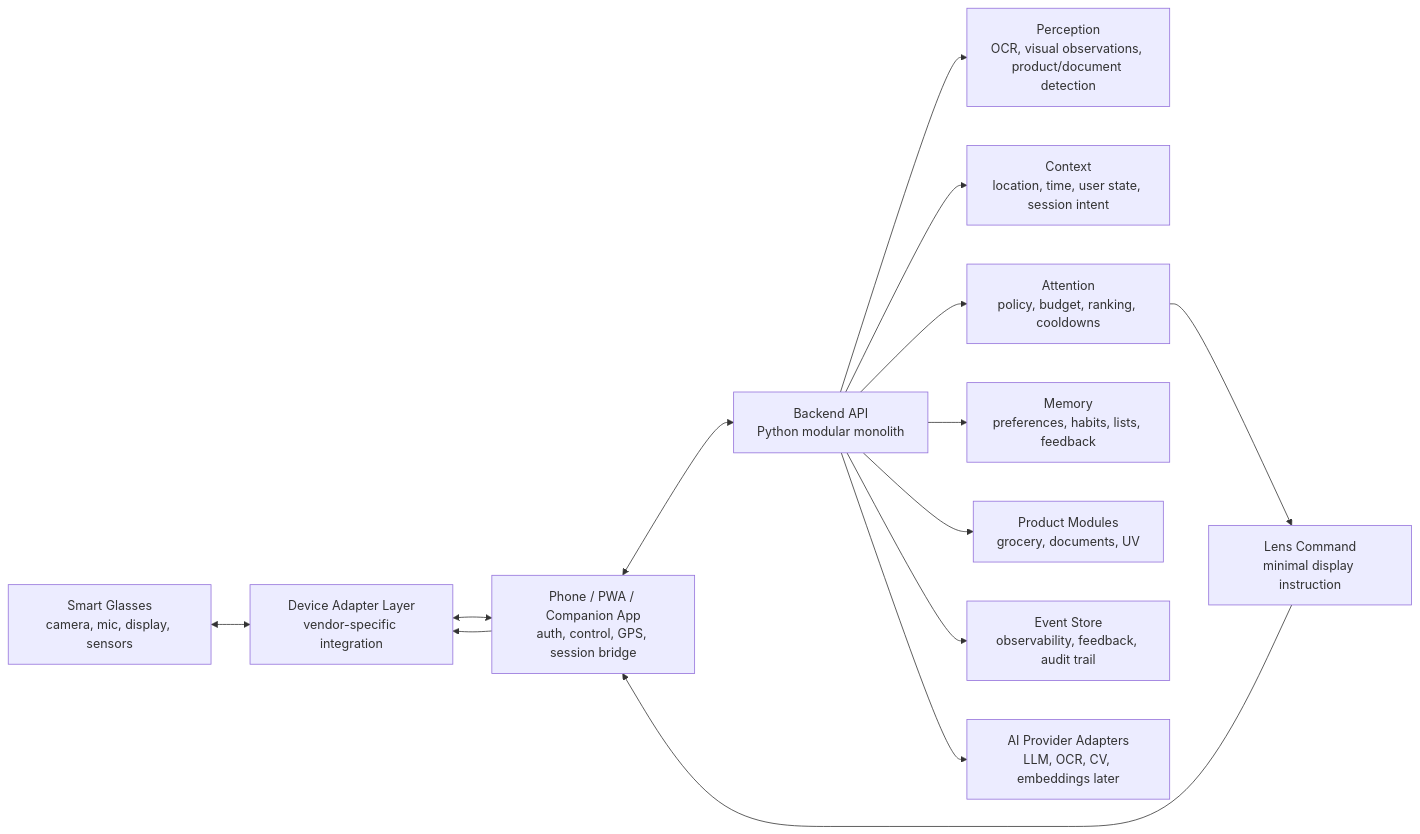
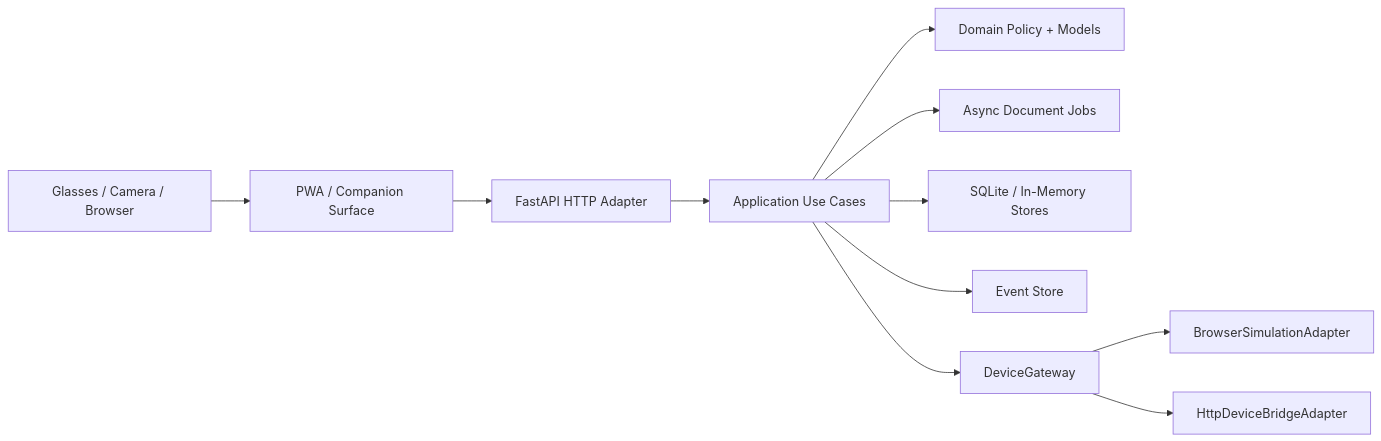
One commit to renanfulas/neweraglasses changed the diagram in docs/architecture/overview.md. Above: the diagram before and after it, drawn with Mermaid. The commit also changed other lines of this file and 13 other files, not shown here.

````diff
--- a/docs/architecture/overview.md
+++ b/docs/architecture/overview.md
@@ -62,18 +36,15 @@
 ```mermaid
 flowchart LR
-    Glasses["Smart Glasses<br/>camera, mic, display, sensors"] <--> DeviceAdapter["Device Adapter Layer<br/>vendor-specific integration"]
-    DeviceAdapter <--> Companion["Phone / PWA / Companion App<br/>auth, control, GPS, session bridge"]
-    Companion <--> API["Backend API<br/>Python modular monolith"]
+    Device["Glasses / Camera / Browser"] --> Companion["PWA / Companion Surface"]
+    Companion --> HTTP["FastAPI HTTP Adapter"]
 
-    API --> Perception["Perception<br/>OCR, visual observations, product/document detection"]
-    API --> Context["Context<br/>location, time, user state, session intent"]
-    API --> Attention["Attention<br/>policy, budget, ranking, cooldowns"]
-    API --> Memory["Memory<br/>preferences, habits, lists, feedback"]
-    API --> Modules["Product Modules<br/>grocery, documents, UV"]
-    API --> Events["Event Store<br/>observability, feedback, audit trail"]
-    API --> AI["AI Provider Adapters<br/>LLM, OCR, CV, embeddings later"]
+    HTTP --> App["Application Use Cases"]
+    App --> Domain["Domain Policy + Models"]
+    App --> Jobs["Async Document Jobs"]
+    App --> Stores["SQLite / In-Memory Stores"]
+    App --> Events["Event Store"]
+    App --> DeviceGateway["DeviceGateway"]
 
-    Attention --> LensCommand["Lens Command<br/>minimal display instruction"]
-    LensCommand --> Companion
-    Companion --> DeviceAdapter
+    DeviceGateway --> BrowserSim["BrowserSimulationAdapter"]
+    DeviceGateway --> HttpBridge["HttpDeviceBridgeAdapter"]
 ```
````
